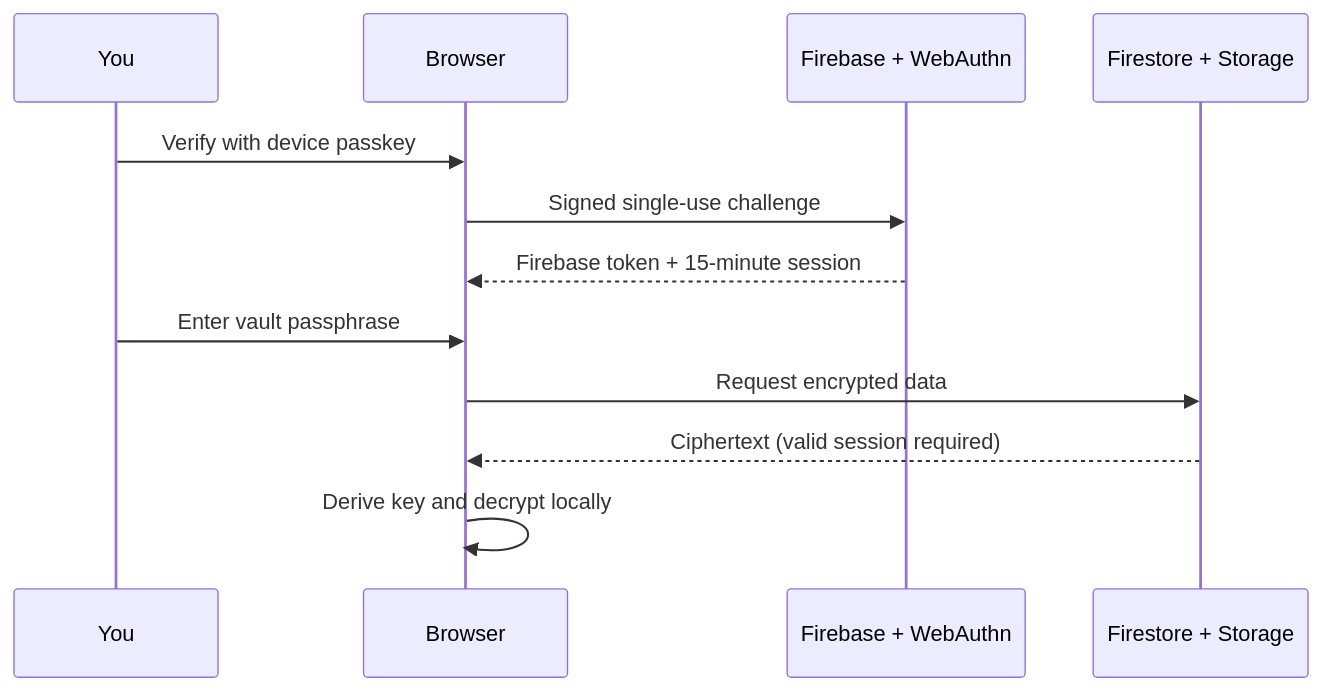
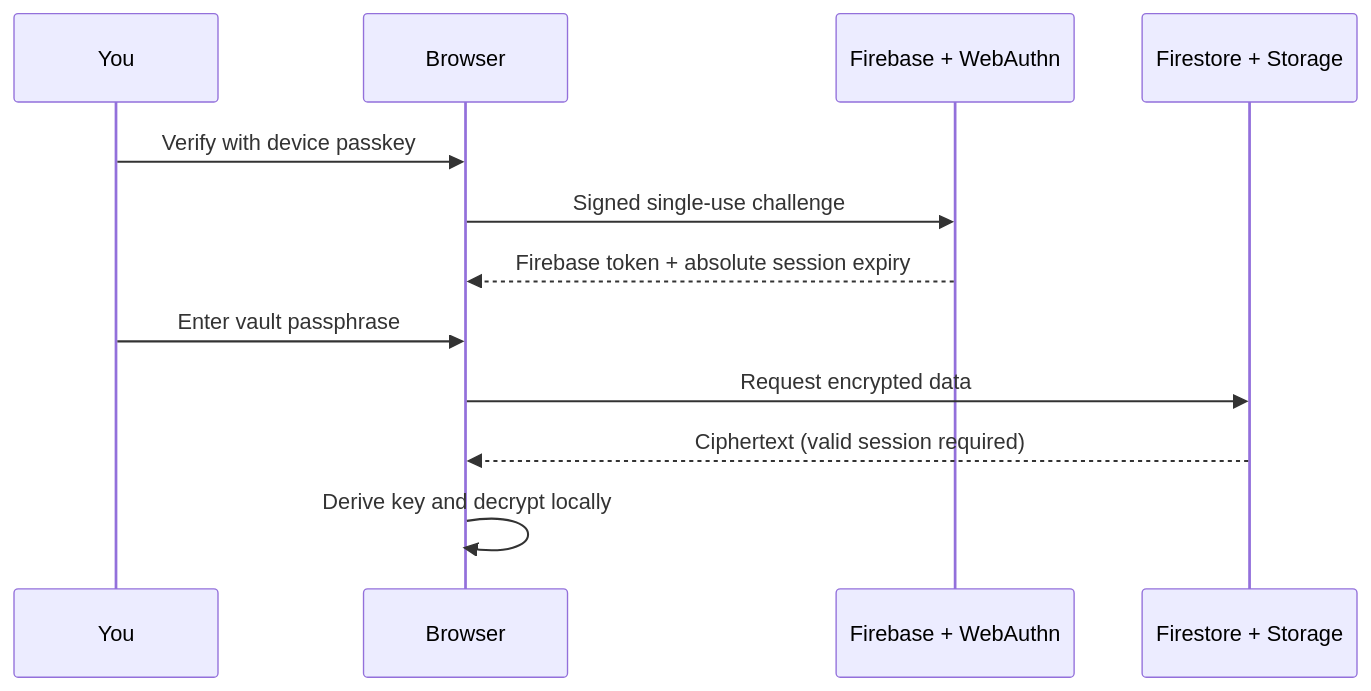
The diagram in README.md (i-am-jyotirmaya/haven-vault), drawn with Mermaid before and after one commit. The commit also changed other lines of this file and 25 other files, not shown here.

````diff
--- a/README.md
+++ b/README.md
@@ -55,14 +55,14 @@
 ```mermaid
 sequenceDiagram
     participant You
     participant Browser
     participant Auth as Firebase + WebAuthn
     participant Store as Firestore + Storage
     You->>Browser: Verify with device passkey
     Browser->>Auth: Signed single-use challenge
-    Auth-->>Browser: Firebase token + 15-minute session
+    Auth-->>Browser: Firebase token + absolute session expiry
     You->>Browser: Enter vault passphrase
     Browser->>Store: Request encrypted data
     Store-->>Browser: Ciphertext (valid session required)
     Browser->>Browser: Derive key and decrypt locally
 ```
````
